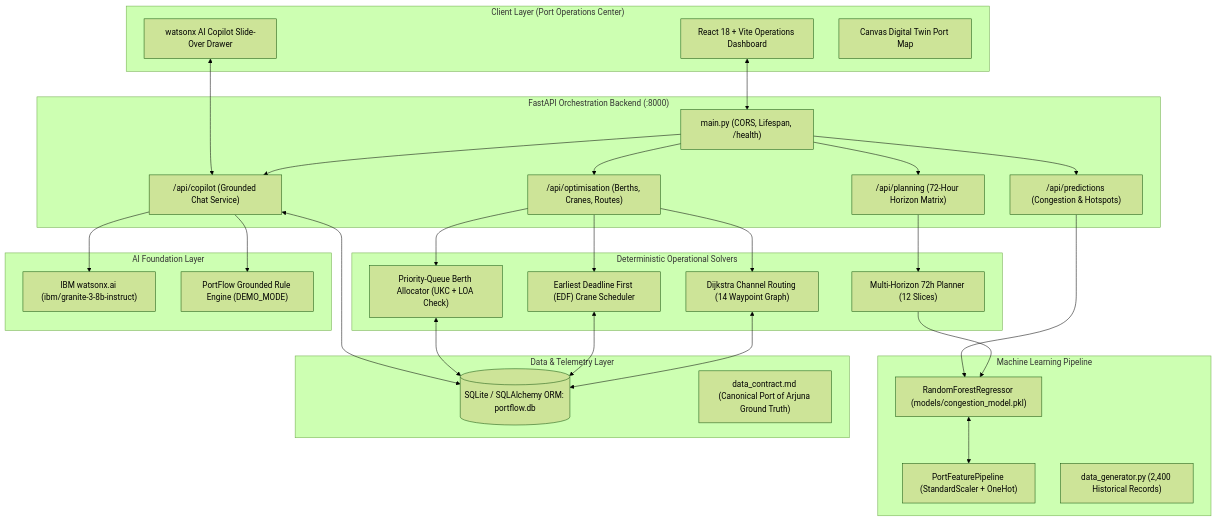
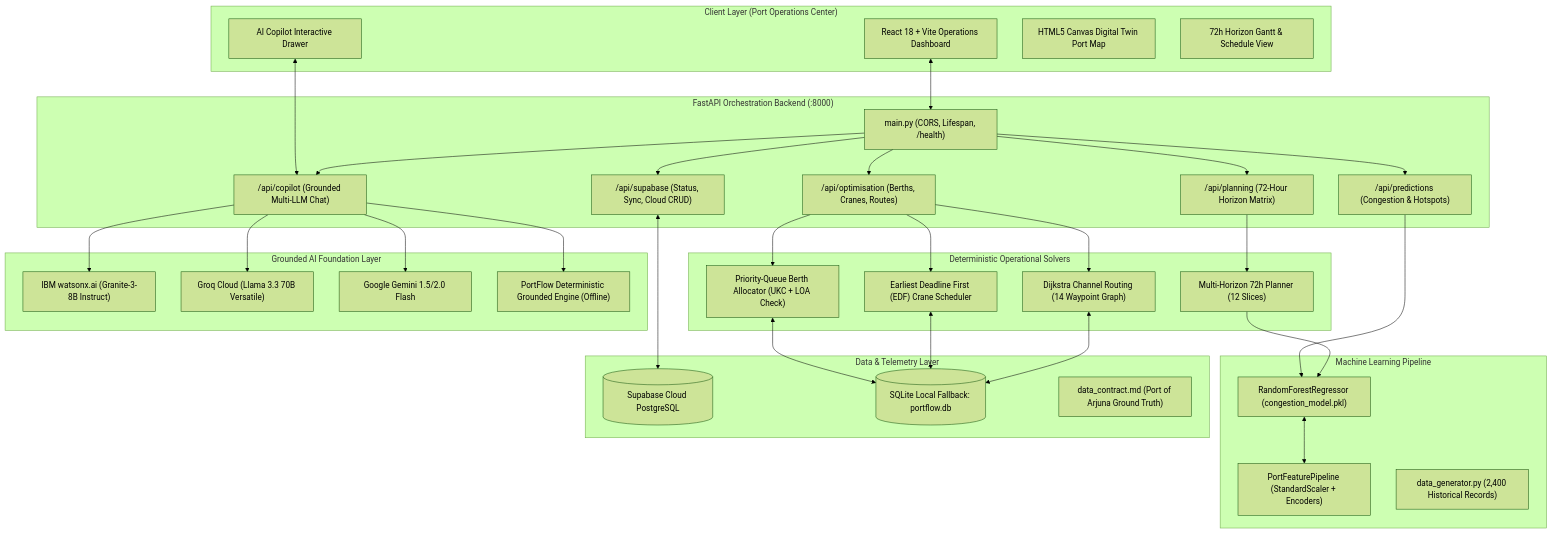
One commit to 24CS045Jay/bob-ai-hackathon-Team-Arjuna changed the first of 2 diagrams in docs/architecture.md. Above: the diagram before and after it, drawn with Mermaid (forest theme). The commit also changed other lines of this file and 27 other files, not shown here.

````diff
--- a/docs/architecture.md
+++ b/docs/architecture.md
@@ -7,63 +7,71 @@
 ```mermaid
 flowchart TB
     subgraph ClientLayer ["Client Layer (Port Operations Center)"]
         UI["React 18 + Vite Operations Dashboard"]
-        COPILOT_UI["watsonx AI Copilot Slide-Over Drawer"]
-        TWIN["Canvas Digital Twin Port Map"]
+        COPILOT_UI["AI Copilot Interactive Drawer"]
+        TWIN["HTML5 Canvas Digital Twin Port Map"]
+        GANTT["72h Horizon Gantt & Schedule View"]
     end
 
     subgraph APILayer ["FastAPI Orchestration Backend (:8000)"]
         MAIN["main.py (CORS, Lifespan, /health)"]
         R_PRED["/api/predictions (Congestion & Hotspots)"]
         R_OPT["/api/optimisation (Berths, Cranes, Routes)"]
         R_PLAN["/api/planning (72-Hour Horizon Matrix)"]
-        R_COP["/api/copilot (Grounded Chat Service)"]
+        R_COP["/api/copilot (Grounded Multi-LLM Chat)"]
+        R_SUPA["/api/supabase (Status, Sync, Cloud CRUD)"]
     end
 
     subgraph MLLayer ["Machine Learning Pipeline"]
-        RF_MODEL["RandomForestRegressor (models/congestion_model.pkl)"]
-        FEAT_PIPE["PortFeaturePipeline (StandardScaler + OneHot)"]
+        RF_MODEL["RandomForestRegressor (congestion_model.pkl)"]
+        FEAT_PIPE["PortFeaturePipeline (StandardScaler + Encoders)"]
         SYN_DATA["data_generator.py (2,400 Historical Records)"]
     end
 
     subgraph OptimisationLayer ["Deterministic Operational Solvers"]
         BERTH_SOLVER["Priority-Queue Berth Allocator (UKC + LOA Check)"]
         CRANE_SOLVER["Earliest Deadline First (EDF) Crane Scheduler"]
         ROUTE_SOLVER["Dijkstra Channel Routing (14 Waypoint Graph)"]
         PLAN_72H["Multi-Horizon 72h Planner (12 Slices)"]
     end
 
-    subgraph FoundationModels ["AI Foundation Layer"]
-        WATSONX["IBM watsonx.ai (ibm/granite-3-8b-instruct)"]
-        DETERMINISTIC_AI["PortFlow Grounded Rule Engine (DEMO_MODE)"]
+    subgraph FoundationModels ["Grounded AI Foundation Layer"]
+        WATSONX["IBM watsonx.ai (Granite-3-8B Instruct)"]
+        GROQ_LLM["Groq Cloud (Llama 3.3 70B Versatile)"]
+        GEMINI_LLM["Google Gemini 1.5/2.0 Flash"]
+        DETERMINISTIC_AI["PortFlow Deterministic Grounded Engine (Offline)"]
     end
 
     subgraph DataStorage ["Data & Telemetry Layer"]
-        DB[(SQLite / SQLAlchemy ORM: portflow.db)]
-        CONTRACT["data_contract.md (Canonical Port of Arjuna Ground Truth)"]
+        SUPABASE[(Supabase Cloud PostgreSQL)]
+        SQLITE_DB[(SQLite Local Fallback: portflow.db)]
+        CONTRACT["data_contract.md (Port of Arjuna Ground Truth)"]
     end
 
     UI <--> MAIN
     COPILOT_UI <--> R_COP
     MAIN --> R_PRED
     MAIN --> R_OPT
     MAIN --> R_PLAN
     MAIN --> R_COP
+    MAIN --> R_SUPA
 
     R_PRED --> RF_MODEL
     RF_MODEL <--> FEAT_PIPE
     
     R_OPT --> BERTH_SOLVER
     R_OPT --> CRANE_SOLVER
     R_OPT --> ROUTE_SOLVER
     R_PLAN --> PLAN_72H
     PLAN_72H --> RF_MODEL
 
+    R_COP --> GROQ_LLM
+    R_COP --> GEMINI_LLM
     R_COP --> WATSONX
     R_COP --> DETERMINISTIC_AI
-    R_COP <--> DB
 
-    BERTH_SOLVER <--> DB
-    CRANE_SOLVER <--> DB
-    ROUTE_SOLVER <--> DB
+    R_SUPA <--> SUPABASE
+    BERTH_SOLVER <--> SQLITE_DB
+    CRANE_SOLVER <--> SQLITE_DB
+    ROUTE_SOLVER <--> SQLITE_DB
 ```
````
